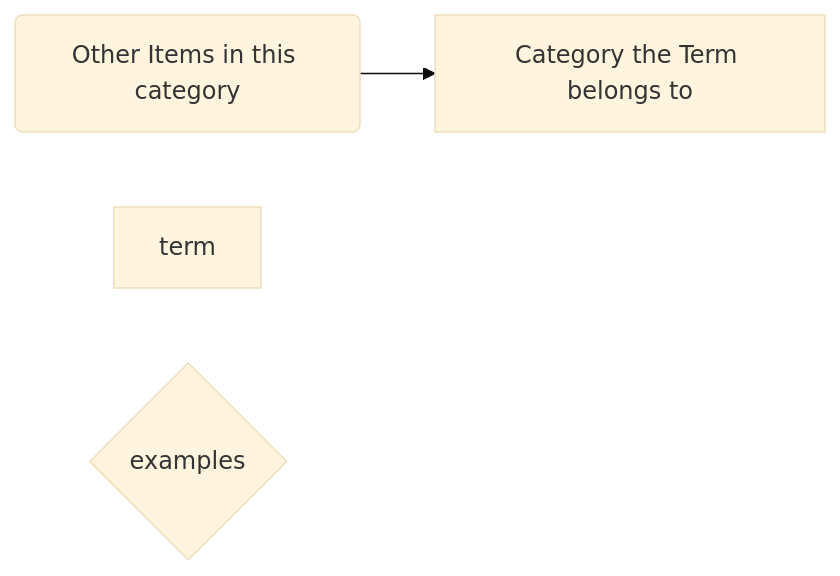
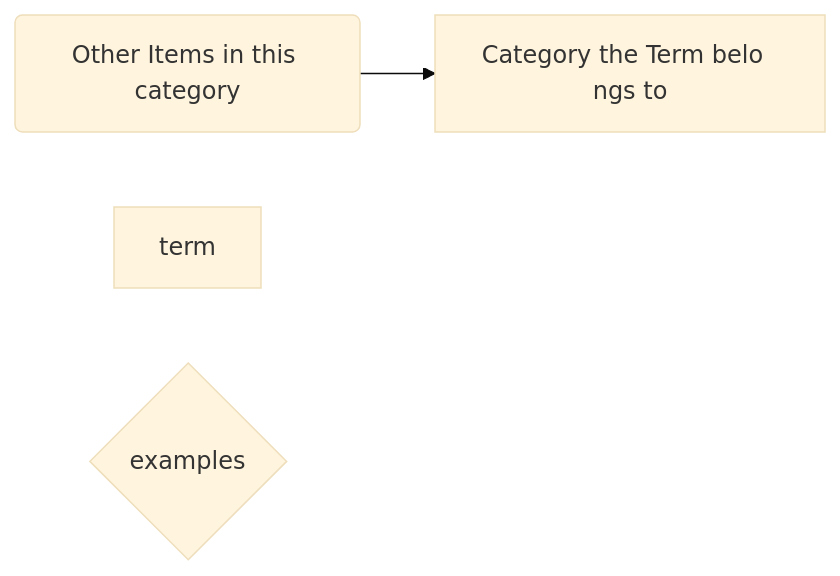
The diagram in slides.md (gerbssusd/dok), drawn with Mermaid (base theme) before and after one commit.

````diff
--- a/slides.md
+++ b/slides.md
@@ -217,11 +217,11 @@
 ```mermaid {theme: 'neutral', scale: 0.8}
 graph LR
-  A(Other Items in this category) --> B[Category the Term belongs to]
+  A(Other Items in this category) --> B[Category the Term belo  ngs to]
 C[term]
 D{examples}
 
 
 
 
 
 ```
````
